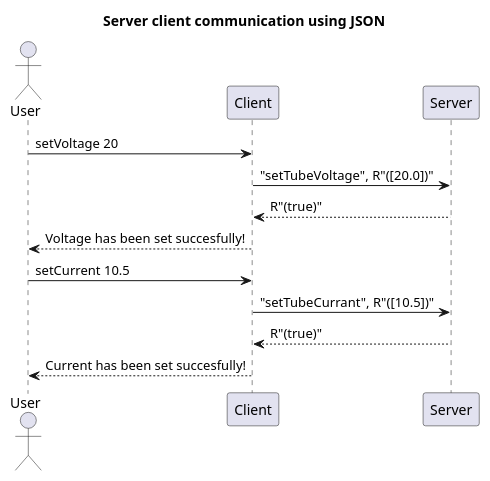
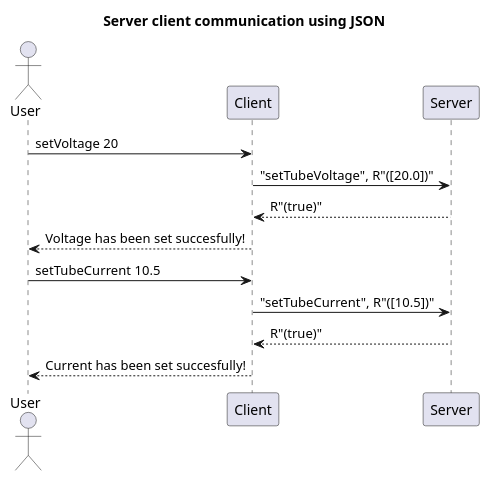
Before and after one commit to a-kuntz/JsonRPC: the second of 4 diagrams in workshop/doc/workshop.md, drawn with PlantUML. The commit also changed other lines of this file and 1 other file, not shown here.

````diff
--- a/workshop/doc/workshop.md
+++ b/workshop/doc/workshop.md
@@ -45,14 +45,14 @@
 ```plantuml
 @startuml
 title Server client communication using JSON
 actor User
 User -> Client: setVoltage 20
 Client -> Server: "setTubeVoltage", R"([20.0])"
 Server --> Client: R"(true)"
 Client --> User: Voltage has been set succesfully!
-User -> Client: setCurrent 10.5
-Client -> Server: "setTubeCurrant", R"([10.5])"
+User -> Client: setTubeCurrent 10.5
+Client -> Server: "setTubeCurrent", R"([10.5])"
 Server --> Client: R"(true)"
 Client --> User: Current has been set succesfully!
 @enduml
 ```
````
